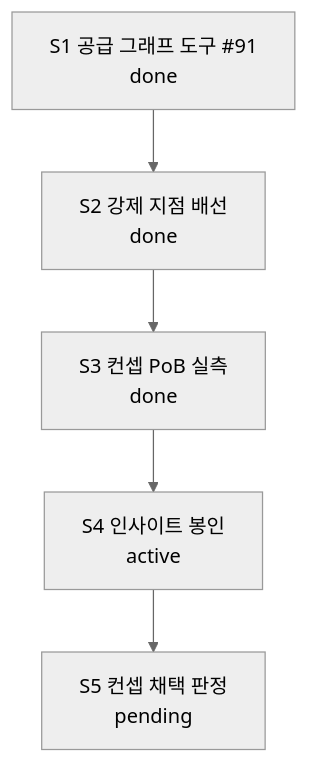
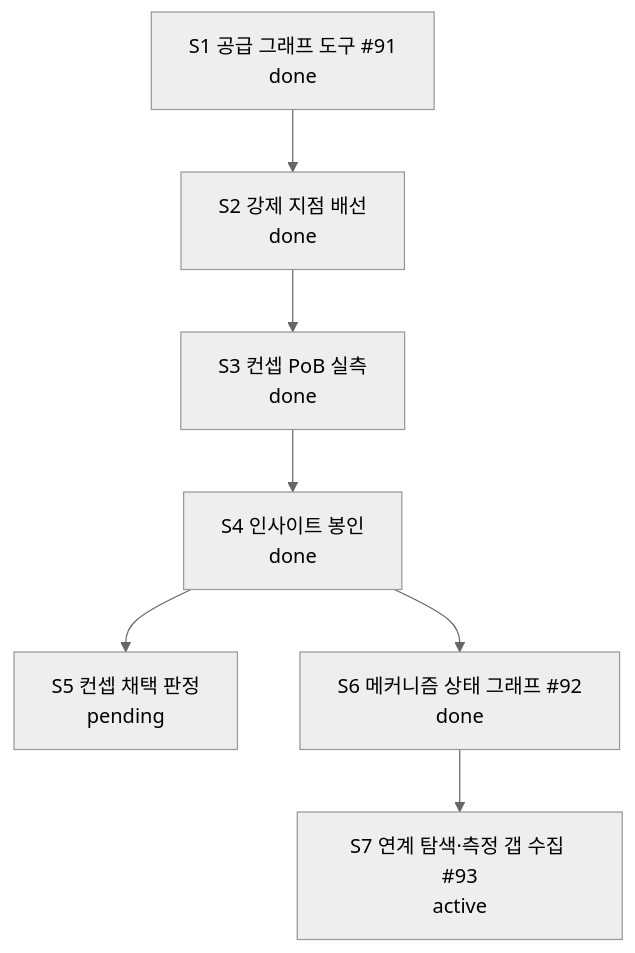
One commit to skerfolg/poe2-ai-wiki changed the diagram in docs/CURRENT-PLAN.md. Above: the diagram before and after it, drawn with Mermaid (neutral theme). The commit also changed other lines of this file and 8 other files, not shown here.

First line of the commit message:
#92 메커니즘 상태 그래프 — scan_state_edges·trace_mechanism_chains (#90)

````diff
--- a/docs/CURRENT-PLAN.md
+++ b/docs/CURRENT-PLAN.md
@@ -22,9 +22,12 @@
 ```mermaid
 flowchart TD
   TOOL["S1 공급 그래프 도구 #91<br/>done"]
   WIRE["S2 강제 지점 배선<br/>done"]
   MEASURE["S3 컨셉 PoB 실측<br/>done"]
-  SEAL["S4 인사이트 봉인<br/>active"]
+  SEAL["S4 인사이트 봉인<br/>done"]
   VERDICT["S5 컨셉 채택 판정<br/>pending"]
+  MECH["S6 메커니즘 상태 그래프 #92<br/>done"]
+  GAPS["S7 연계 탐색·측정 갭 수집 #93<br/>active"]
   TOOL --> WIRE --> MEASURE --> SEAL --> VERDICT
+  SEAL --> MECH --> GAPS
 ```
````
